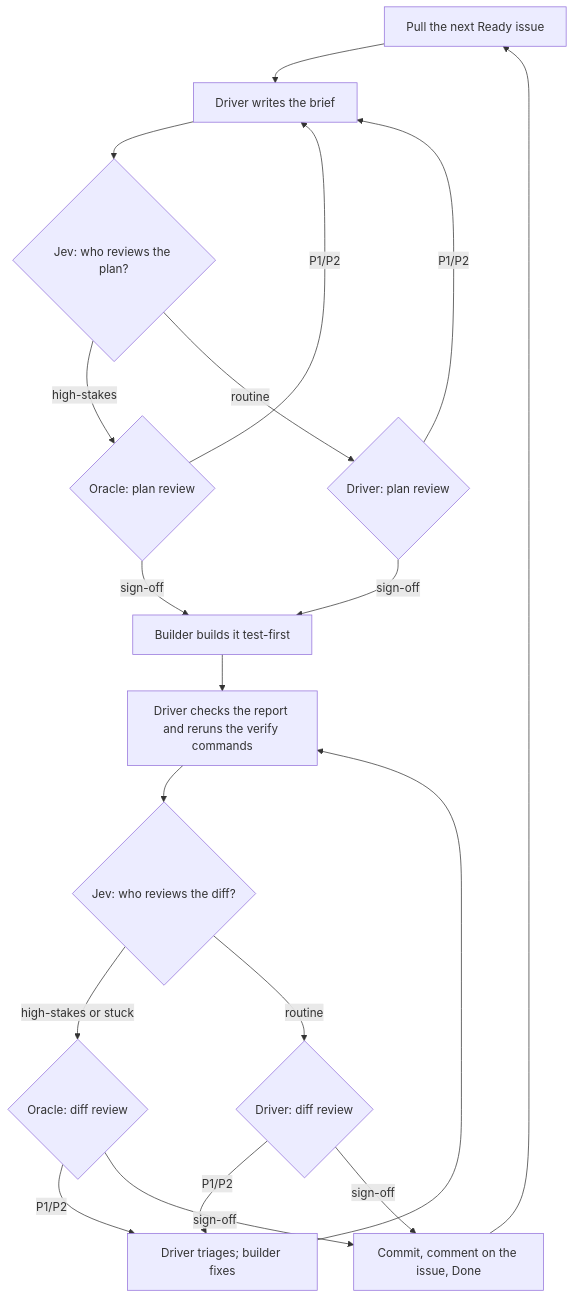
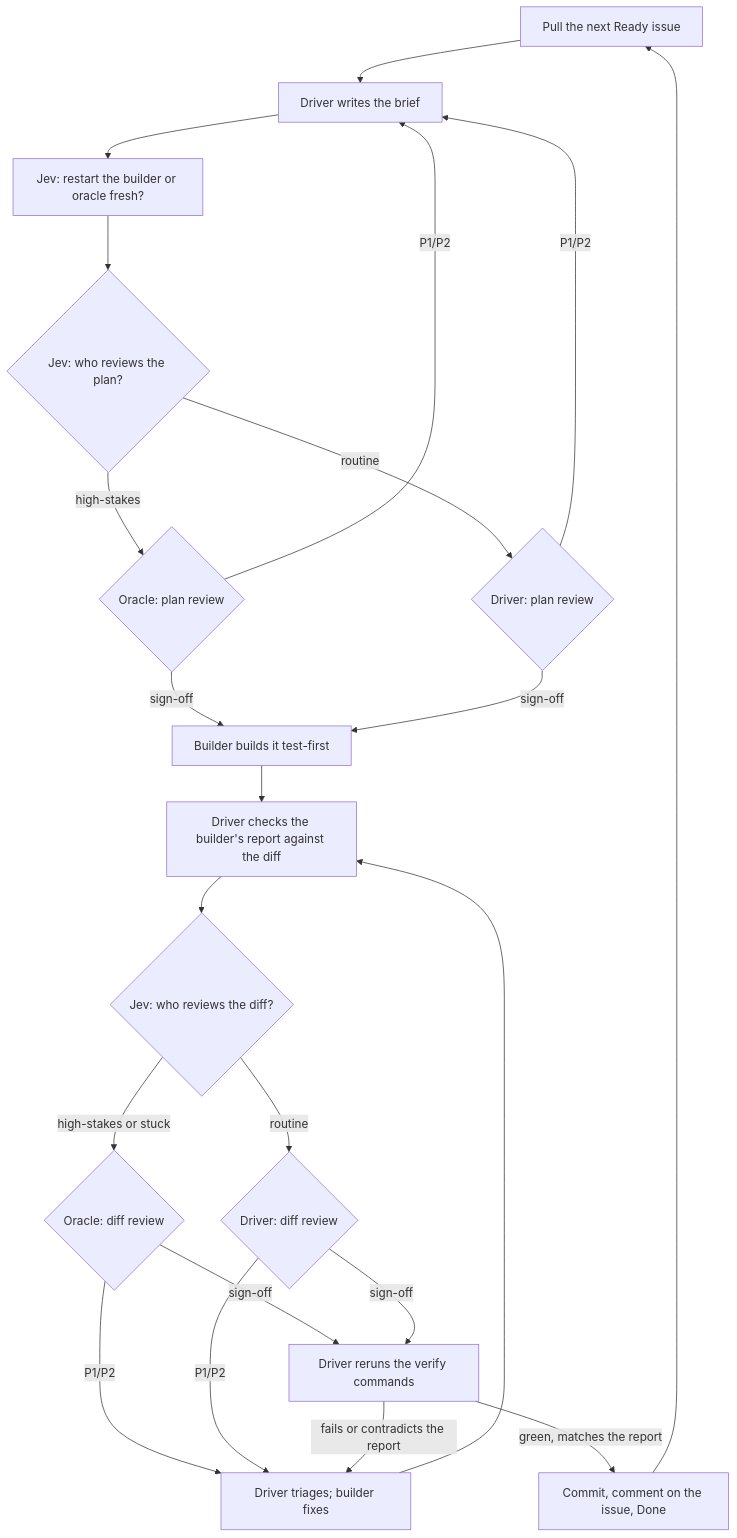
The diagram in README.md (robertguss/ai-dev-workflow), drawn with Mermaid before and after one commit. The commit also changed other lines of this file, not shown here.

````diff
--- a/README.md
+++ b/README.md
@@ -75,21 +77,24 @@
 ```mermaid
 flowchart TD
     A[Pull the next Ready issue] --> B[Driver writes the brief]
-    B --> J1{Jev: who reviews the plan?}
+    B --> R[Jev: restart the builder or oracle fresh?]
+    R --> J1{Jev: who reviews the plan?}
     J1 -- high-stakes --> C{Oracle: plan review}
     J1 -- routine --> C2{Driver: plan review}
     C -- P1/P2 --> B
     C2 -- P1/P2 --> B
     C -- sign-off --> D[Builder builds it test-first]
     C2 -- sign-off --> D
-    D --> E[Driver checks the report and reruns the verify commands]
+    D --> E[Driver checks the builder's report against the diff]
     E --> J2{Jev: who reviews the diff?}
     J2 -- high-stakes or stuck --> F{Oracle: diff review}
     J2 -- routine --> F2{Driver: diff review}
     F -- P1/P2 --> G[Driver triages; builder fixes]
     F2 -- P1/P2 --> G
     G --> E
-    F -- sign-off --> H[Commit, comment on the issue, Done]
-    F2 -- sign-off --> H
+    F -- sign-off --> V[Driver reruns the verify commands]
+    F2 -- sign-off --> V
+    V -- fails or contradicts the report --> G
+    V -- green, matches the report --> H[Commit, comment on the issue, Done]
     H --> A
 ```
````
